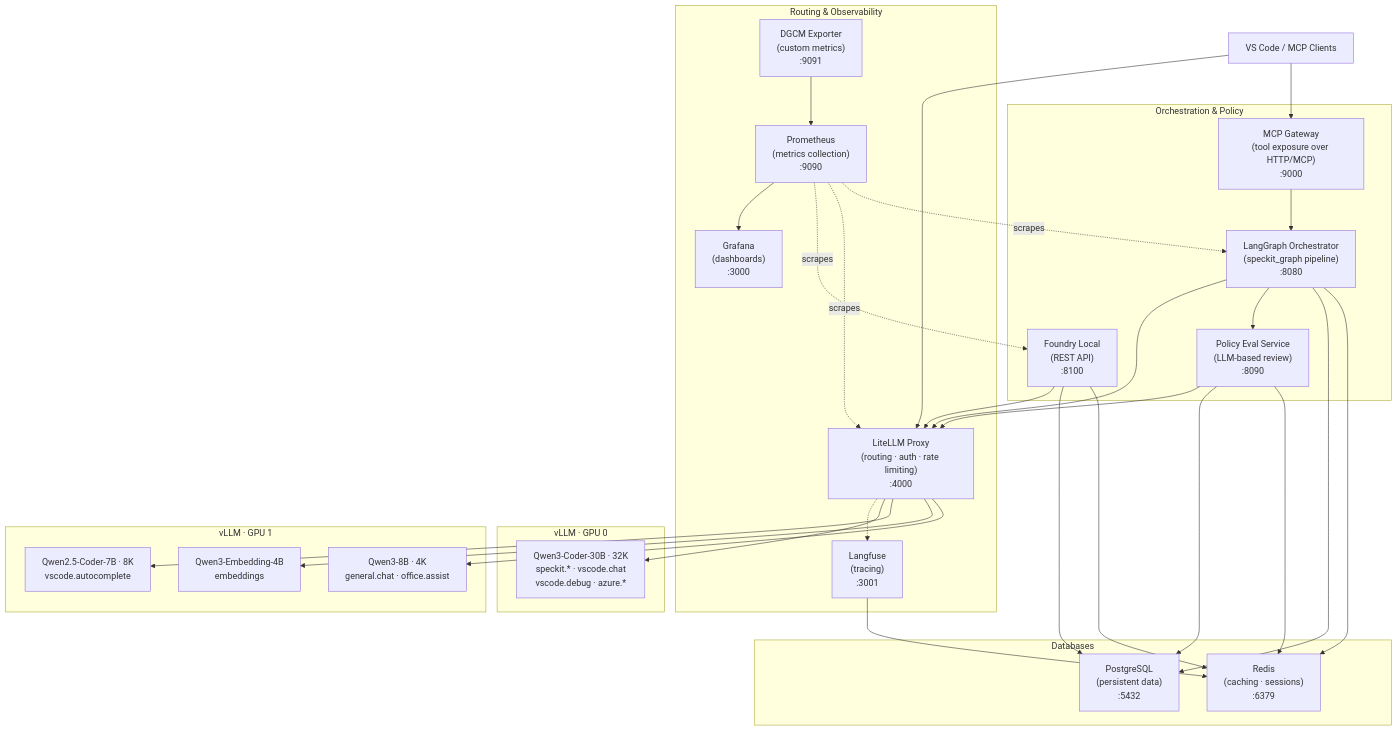
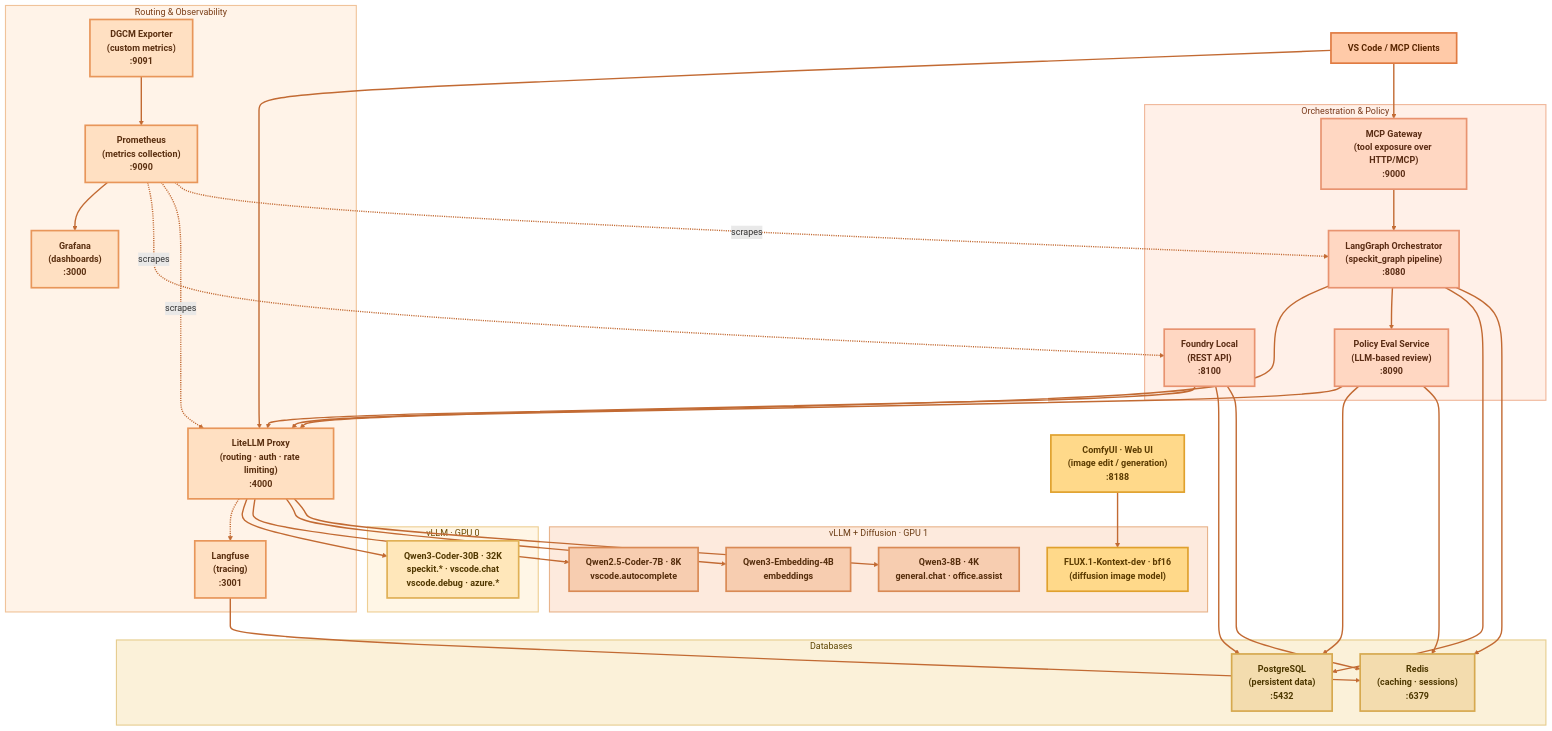
Before and after one commit to hannovdm/ai-stack: the diagram in README.md, drawn with Mermaid. The commit also changed 12 other files, not shown here.

Commit message:
feat: add ComfyUI support for FLUX.1 Kontext model and update configuration files

````diff
--- a/README.md
+++ b/README.md
@@ -7,6 +7,7 @@
 ```mermaid
 flowchart TD
     Client["VS Code / MCP Clients"]
+    Comfy["ComfyUI · Web UI<br/>(image edit / generation)<br/>:8188"]
 
     subgraph Proxy["Routing & Observability"]
         LiteLLM["LiteLLM Proxy<br/>(routing · auth · rate limiting)<br/>:4000"]
@@ -20,10 +21,11 @@
         Q30["Qwen3-Coder-30B · 32K<br/>speckit.* · vscode.chat<br/>vscode.debug · azure.*"]
     end
 
-    subgraph GPU1["vLLM · GPU 1"]
+    subgraph GPU1["vLLM + Diffusion · GPU 1"]
         Q7["Qwen2.5-Coder-7B · 8K<br/>vscode.autocomplete"]
         QEmb["Qwen3-Embedding-4B<br/>embeddings"]
         QGen["Qwen3-8B · 4K<br/>general.chat · office.assist"]
+        Flux["FLUX.1-Kontext-dev · bf16<br/>(diffusion image model)"]
     end
 
     subgraph Orchestration["Orchestration & Policy"]
@@ -44,6 +46,7 @@
     LiteLLM --> Q7
     LiteLLM --> QEmb
     LiteLLM --> QGen
+    Comfy --> Flux
     
     LangGraph --> LiteLLM
     LangGraph --> Policy
@@ -63,4 +66,32 @@
     Prometheus -.->|scrapes| FoundryLocal
     Prometheus -.->|scrapes| LiteLLM
     Prometheus -.->|scrapes| LangGraph
+
+    %% ---- warm theme · bold text · thick borders ----
+    classDef client fill:#ffcaa8,stroke:#e07b42,color:#5a2600,stroke-width:3px,font-weight:bold;
+    classDef comfy fill:#ffd98a,stroke:#e0a12d,color:#5a3a00,stroke-width:3px,font-weight:bold;
+    classDef proxy fill:#ffe0c2,stroke:#e8965a,color:#5a2f10,stroke-width:3px,font-weight:bold;
+    classDef gpu0 fill:#ffe7ba,stroke:#e0b055,color:#513800,stroke-width:3px,font-weight:bold;
+    classDef gpu1 fill:#f7cdb0,stroke:#d98a55,color:#552d0c,stroke-width:3px,font-weight:bold;
+    classDef orch fill:#ffd7c2,stroke:#e89370,color:#5a2c14,stroke-width:3px,font-weight:bold;
+    classDef db fill:#f3dcae,stroke:#d6a94f,color:#4d3800,stroke-width:3px,font-weight:bold;
+
+    class Client client;
+    class Comfy comfy;
+    class LiteLLM,Langfuse,Prometheus,Grafana,DGCMExporter proxy;
+    class Q30 gpu0;
+    class Q7,QEmb,QGen gpu1;
+    class Flux comfy;
+    class LangGraph,Policy,MCP,FoundryLocal orch;
+    class PostgreSQL,Redis db;
+
+    %% subgraph container tints (warm)
+    style Proxy fill:#fff3e8,stroke:#f0c39a,color:#7a3d16,stroke-width:2px;
+    style GPU0 fill:#fff6e6,stroke:#eecf94,color:#6b4a00,stroke-width:2px;
+    style GPU1 fill:#fdeadd,stroke:#e8b48c,color:#6b3c14,stroke-width:2px;
+    style Orchestration fill:#fff0e8,stroke:#f0b79a,color:#7a3a1c,stroke-width:2px;
+    style Databases fill:#fbf1d9,stroke:#e6cd8f,color:#5c4400,stroke-width:2px;
+
+    %% thick connector lines for visibility
+    linkStyle default stroke:#c26a33,stroke-width:2.5px;
 ```
````
